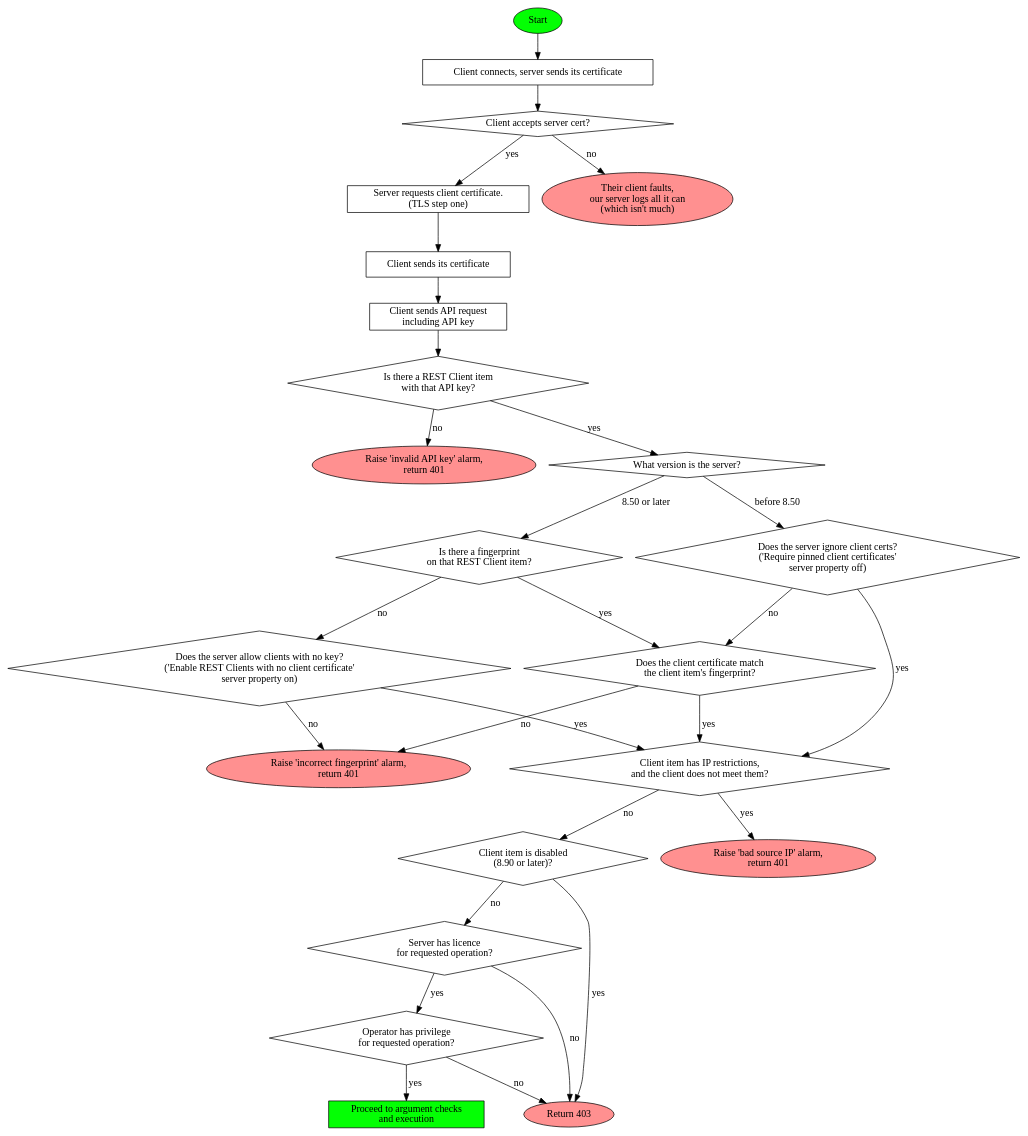
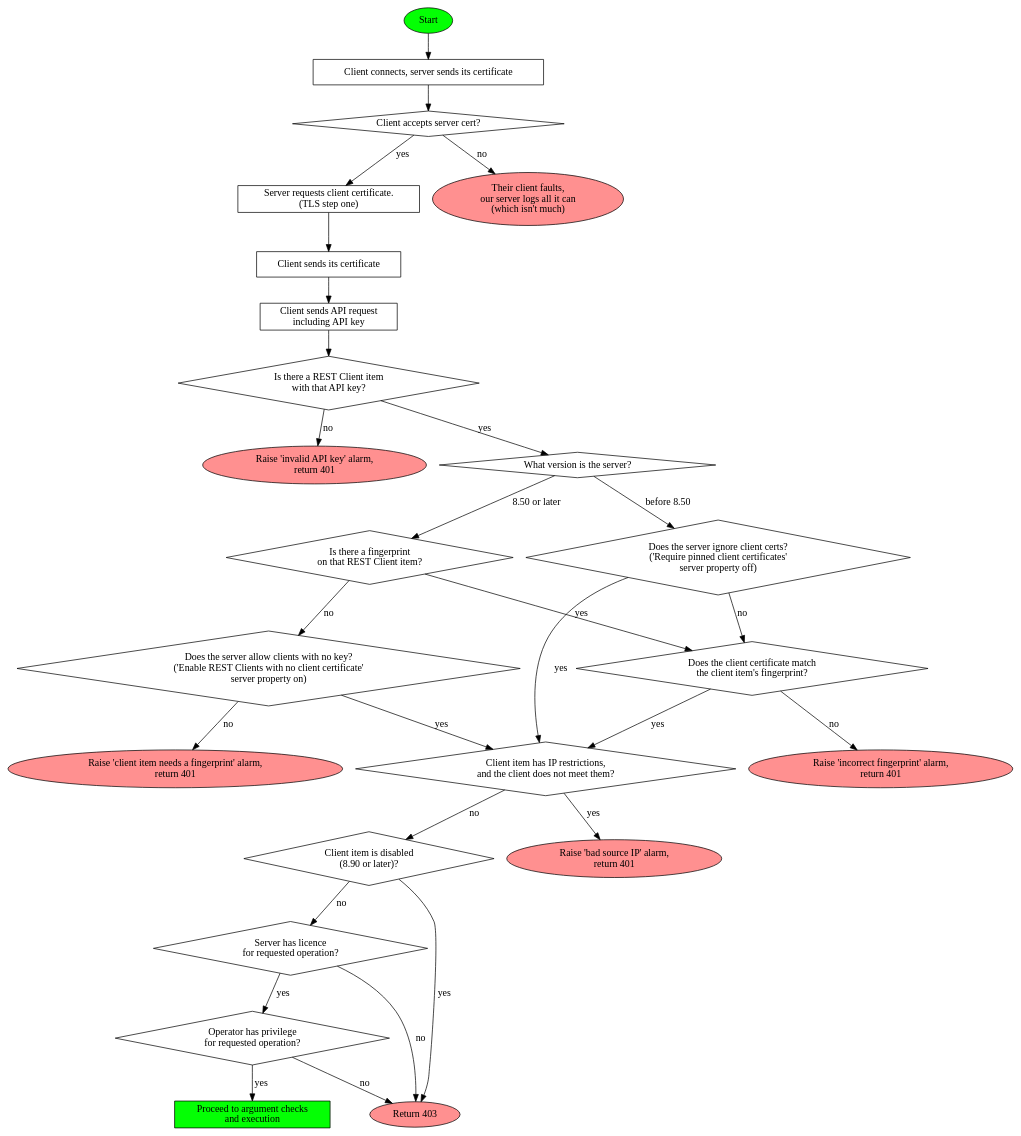
Before and after one commit to GallagherSecurity/cc-rest-docs: the diagram in training/auth_flow.dot, drawn with Graphviz. The commit also changed 1 other file, not shown here.

```diff
--- a/training/auth_flow.dot
+++ b/training/auth_flow.dot
@@ -1,72 +1,73 @@
 # Turn this into auth_flow.dot.pdf using Graphviz:
 # dot auth_flow.dot -Tpdf -O
 digraph
 {
         start[label=Start style=filled fillcolor="#04ff04"]
 
         node [shape=ellipse, style=filled, fillcolor="#ff9090"]
         o_noapikey[label="Raise 'invalid API key' alarm,\nreturn 401"]
+        o_needacert[label="Raise 'client item needs a fingerprint' alarm,\nreturn 401"]
         o_badprint[label="Raise 'incorrect fingerprint' alarm,\nreturn 401"]
         o_badip[label="Raise 'bad source IP' alarm,\nreturn 401"]
         o_disabled[label="Return 403"]
         o_clientquit[label="Their client faults,\nour server logs all it can\n(which isn't much)"]
 
         node [shape=box, style=""]
         op1[label="Client connects, server sends its certificate"]
         o_reqclientcert[label="Server requests client certificate.\n(TLS step one)"]
         o_clientsendscert[label="Client sends its certificate"]
         o_clientreq[label="Client sends API request\nincluding API key"]
         o_argcheck[label="Proceed to argument checks\nand execution" style=filled fillcolor="#04ff04"]
 
         node [shape=diamond]
         cond[label="Client accepts server cert?" ordering=out ]
         c_apikeycheck[label="Is there a REST Client item\nwith that API key?"]
         c_versioncheck [label="What version is the server?" ]
         c_clientcertcheck1[label="Is there a fingerprint\non that REST Client item?"]
         c_clientcertcheck2[label="Does the server allow clients with no key?\n('Enable REST Clients with no client certificate'\nserver property on)"]
 
         c_clientcertcheck840[label="Does the server ignore client certs?\n('Require pinned client certificates'\nserver property off)"]
 
         c_correctcert[label="Does the client certificate match\nthe client item's fingerprint?" shape=diamond]
         c_sourceip[label="Client item has IP restrictions,\nand the client does not meet them?" ordering=out ]
         c_disabled[label="Client item is disabled\n(8.90 or later)?" ordering=out ]
         c_licence[label="Server has licence\nfor requested operation?"]
         c_privcheck[label="Operator has privilege\nfor requested operation?"]
 
         start->op1
         op1->cond
         cond->o_reqclientcert [label = "yes"]
         cond->o_clientquit [label = "no"]
         o_reqclientcert -> o_clientsendscert
         o_clientsendscert -> o_clientreq
         o_clientreq->c_apikeycheck
 
         c_apikeycheck->c_versioncheck [label = "yes"]
         c_apikeycheck->o_noapikey [label = "no"]
 
         c_versioncheck -> c_clientcertcheck1 [label = "8.50 or later"]
         c_versioncheck -> c_clientcertcheck840 [label = "before 8.50"]
 
         c_clientcertcheck1->c_clientcertcheck2 [label= "no"]
 
         c_clientcertcheck840->c_sourceip [label = "yes"]
         c_clientcertcheck840->c_correctcert [label = "no"]
 
         c_clientcertcheck2->c_sourceip [label = "yes"]
-        c_clientcertcheck2->o_badprint [label = "no"]
+        c_clientcertcheck2->o_needacert [label = "no"]
 
         c_clientcertcheck1->c_correctcert [label = "yes"]
         c_correctcert->o_badprint [label = "no"]
 
         c_correctcert->c_sourceip [label = "yes"]
         c_sourceip->c_disabled [label = "no"]
         c_sourceip->o_badip [label = "yes"]
 
         c_disabled->c_licence [label = "no"]
         c_disabled->o_disabled [label = "yes"]
 
         c_licence->c_privcheck [label="yes"]
         c_licence->o_disabled [label="no"]
         c_privcheck->o_disabled [label="no"]
         c_privcheck->o_argcheck [label="yes"]
 }
```
